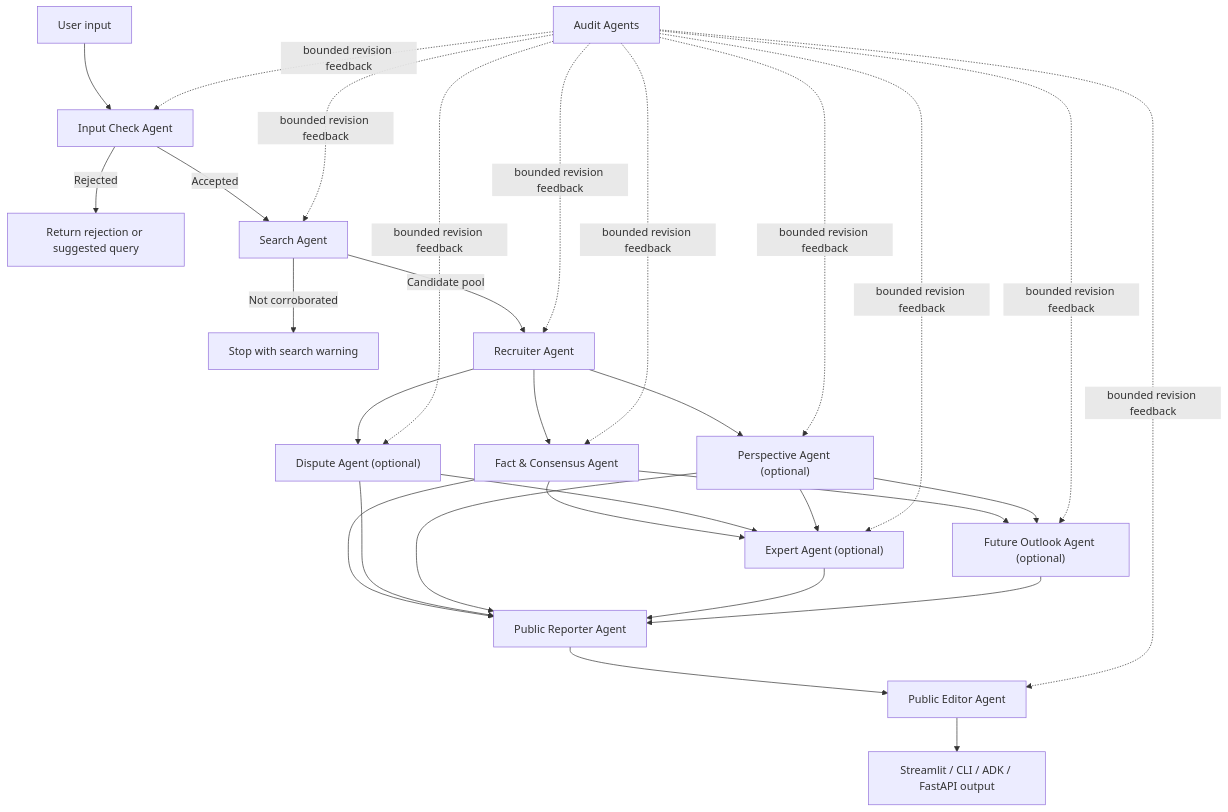
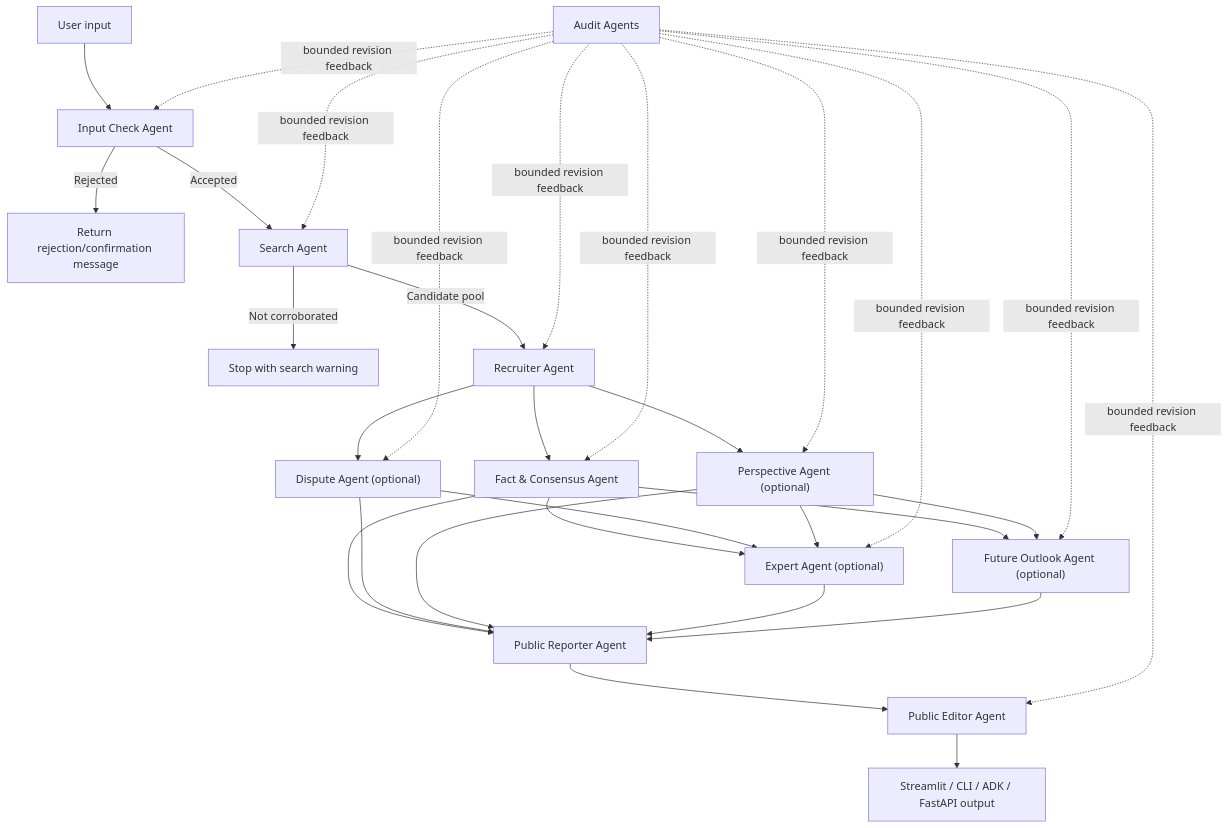
One commit to xinli12/news-agents-pipeline changed the diagram in README.md. Above: the diagram before and after it, drawn with Mermaid. The commit also changed other lines of this file and 7 other files, not shown here.

````diff
--- a/README.md
+++ b/README.md
@@ -22,35 +22,35 @@
 ```mermaid
 graph TD
     U["User input"] --> R["Input Check Agent"]
-    R -->|Rejected| X["Return rejection or suggested query"]
+    R -->|Rejected| X["Return rejection/confirmation message"]
     R -->|Accepted| S["Search Agent"]
     S -->|Not corroborated| Y["Stop with search warning"]
     S -->|Candidate pool| C["Recruiter Agent"]
 
     C --> F["Fact & Consensus Agent"]
     C --> D["Dispute Agent (optional)"]
     C --> P["Perspective Agent (optional)"]
     F --> E["Expert Agent (optional)"]
     D --> E
     P --> E
     F --> O["Future Outlook Agent (optional)"]
     P --> O
 
     F --> PR["Public Reporter Agent"]
     D --> PR
     P --> PR
     E --> PR
     O --> PR
     PR --> PE["Public Editor Agent"]
     PE --> OUT["Streamlit / CLI / ADK / FastAPI output"]
 
     A["Audit Agents"] -. "bounded revision feedback" .-> R
     A -. "bounded revision feedback" .-> S
     A -. "bounded revision feedback" .-> C
     A -. "bounded revision feedback" .-> F
     A -. "bounded revision feedback" .-> D
     A -. "bounded revision feedback" .-> P
     A -. "bounded revision feedback" .-> E
     A -. "bounded revision feedback" .-> O
     A -. "bounded revision feedback" .-> PE
 ```
````
